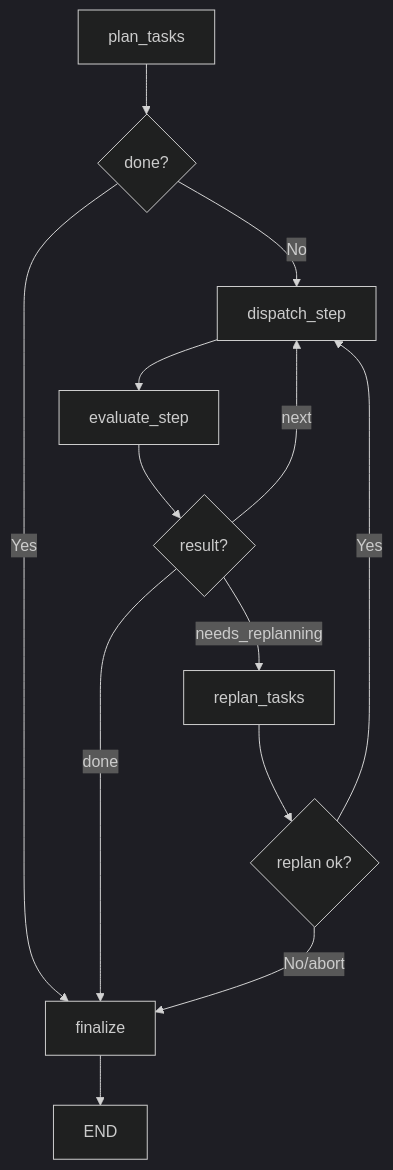
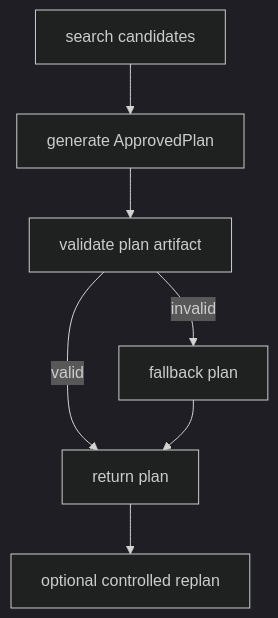
Before and after one commit to ToshiyaTsubonishi/ai-config: the diagram in docs/architecture.md, drawn with Mermaid (dark theme). The commit also changed other lines of this file and 28 other files, not shown here.

````diff
--- a/docs/architecture.md
+++ b/docs/architecture.md
@@ -166,15 +120,9 @@
 ```mermaid
-graph TD
-    A[plan_tasks] --> B{done?}
-    B -->|Yes| F[finalize]
-    B -->|No| C[dispatch_step]
-    C --> D[evaluate_step]
-    D --> E{result?}
-    E -->|done| F
-    E -->|needs_replanning| G[replan_tasks]
-    E -->|next| C
-    G --> H{replan ok?}
-    H -->|Yes| C
-    H -->|No/abort| F
-    F --> I[END]
+flowchart TD
+    A[search candidates] --> B[generate ApprovedPlan]
+    B --> C[validate plan artifact]
+    C -->|valid| D[return plan]
+    C -->|invalid| E[fallback plan]
+    E --> D
+    D --> F[optional controlled replan]
 ```
````
